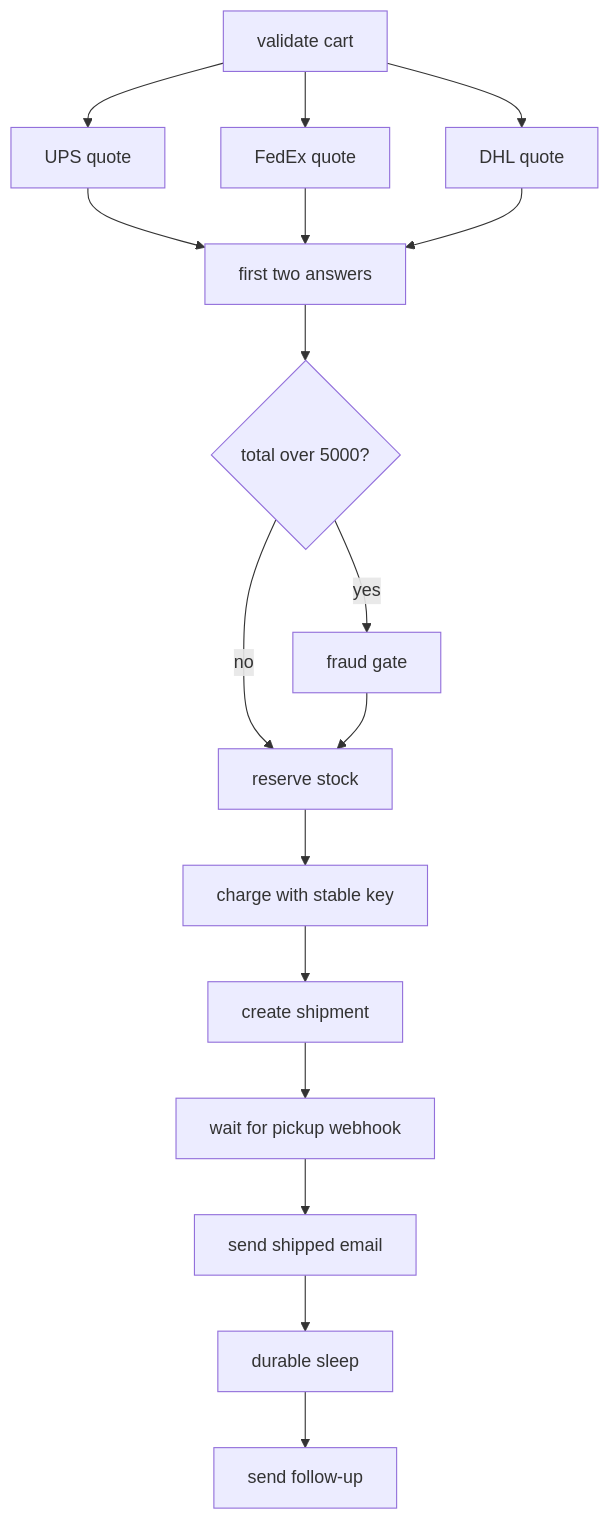
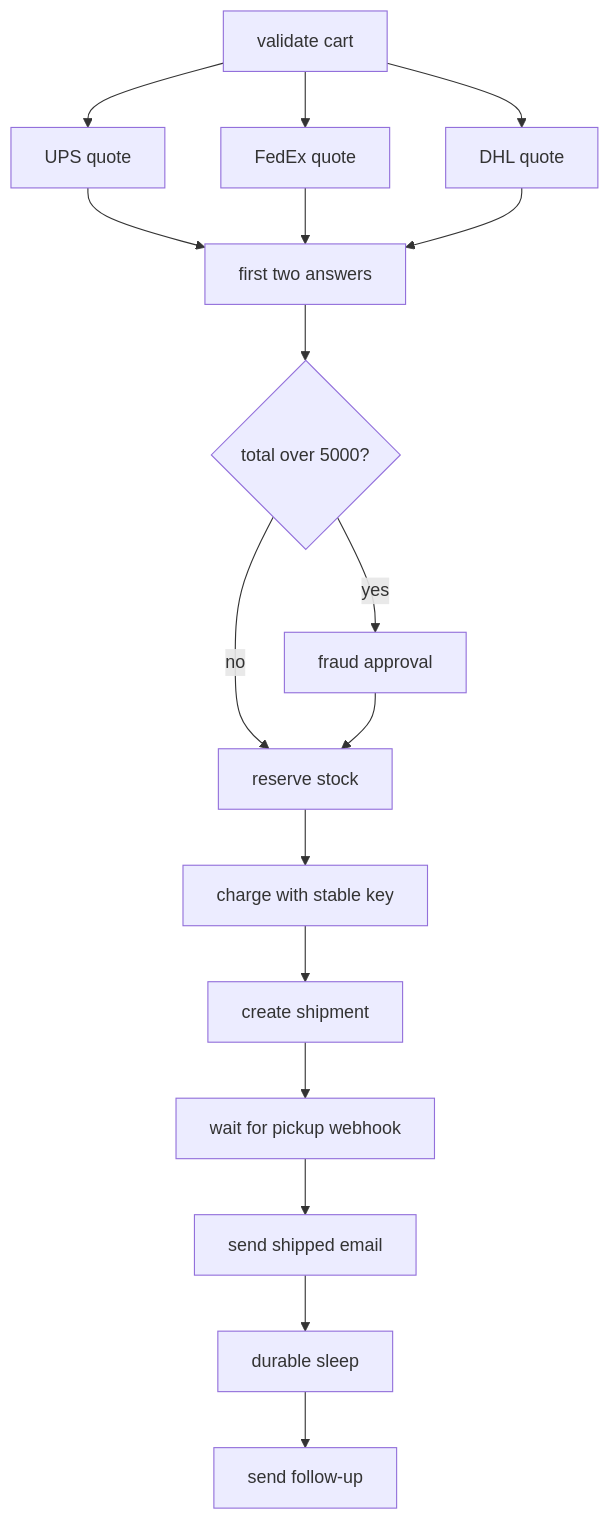
Before and after one commit to vedhlabs/sdk-examples: the diagram in docs/ecommerce.md, drawn with Mermaid. The commit also changed other lines of this file and 54 other files, not shown here.

````diff
--- a/docs/ecommerce.md
+++ b/docs/ecommerce.md
@@ -34,19 +34,19 @@
 ```mermaid
 flowchart TD
     A[validate cart] --> Q1[UPS quote]
     A --> Q2[FedEx quote]
     A --> Q3[DHL quote]
     Q1 --> Q[first two answers]
     Q2 --> Q
     Q3 --> Q
     Q --> G{total over 5000?}
-    G -->|yes| H[fraud gate]
+    G -->|yes| H[fraud approval]
     G -->|no| R[reserve stock]
     H --> R
     R --> P[charge with stable key]
     P --> S[create shipment]
     S --> W[wait for pickup webhook]
     W --> E[send shipped email]
     E --> T[durable sleep]
     T --> F[send follow-up]
 ```
````
